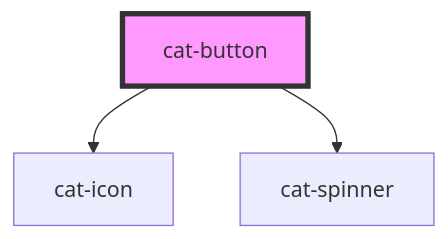
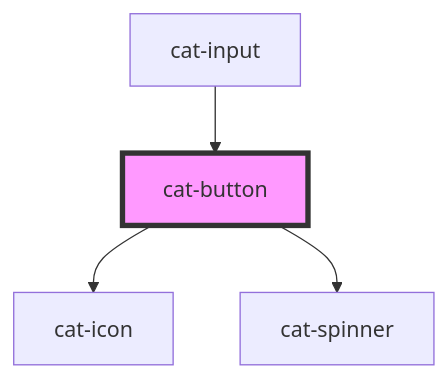
One commit to haiilo/catalyst changed the diagram in core/src/components/cat-button/readme.md. Above: the diagram before and after it, drawn with Mermaid. The commit also changed other lines of this file and 5 other files, not shown here.

````diff
--- a/core/src/components/cat-button/readme.md
+++ b/core/src/components/cat-button/readme.md
@@ -69,6 +73,7 @@
 ```mermaid
 graph TD;
   cat-button --> cat-icon
   cat-button --> cat-spinner
+  cat-input --> cat-button
   style cat-button fill:#f9f,stroke:#333,stroke-width:4px
 ```
````
